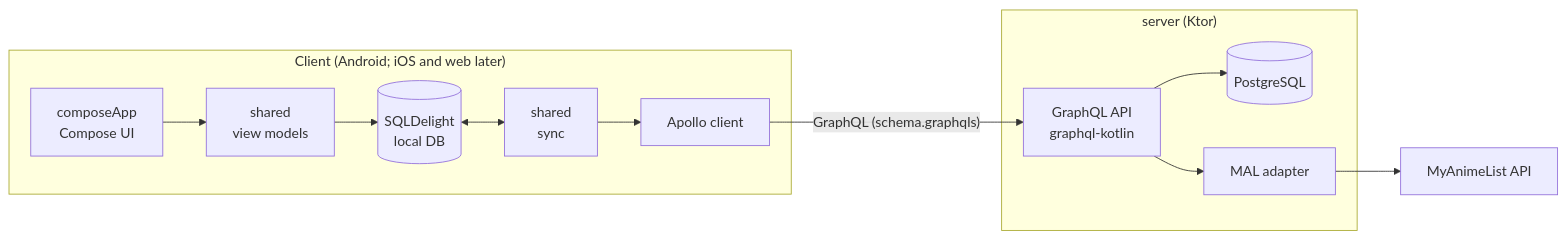
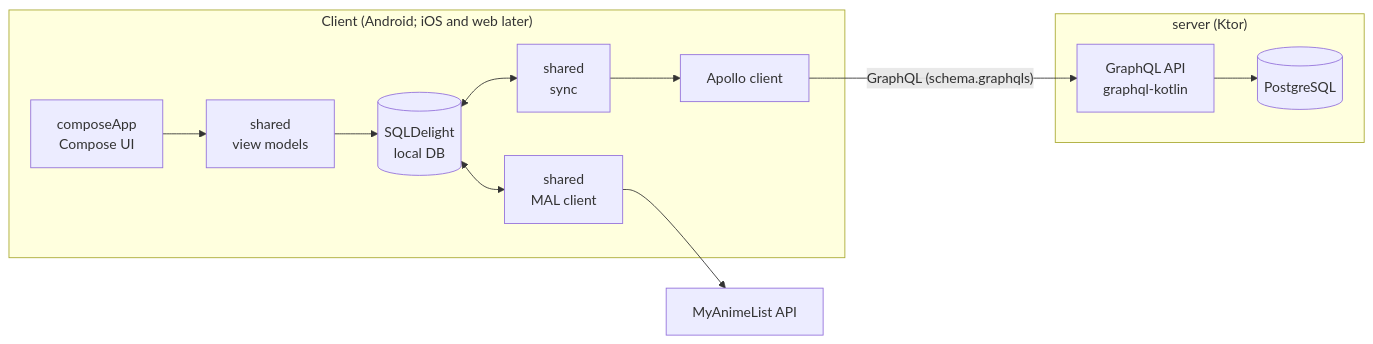
Before and after one commit to greenzean/anime-kmp: the diagram in README.md, drawn with Mermaid. The commit also changed other lines of this file and 6 other files, not shown here.

````diff
--- a/README.md
+++ b/README.md
@@ -17,15 +17,15 @@
 ```mermaid
 flowchart LR
     subgraph Client["Client (Android; iOS and web later)"]
         UI["composeApp<br/>Compose UI"] --> VM["shared<br/>view models"]
         VM --> DB[("SQLDelight<br/>local DB")]
         DB <--> Sync["shared<br/>sync"]
         Sync --> Apollo["Apollo client"]
+        DB <--> MALClient["shared<br/>MAL client"]
     end
     subgraph Server["server (Ktor)"]
         GQL["GraphQL API<br/>graphql-kotlin"] --> PG[("PostgreSQL")]
-        GQL --> MALAdapter["MAL adapter"]
     end
     Apollo -- "GraphQL (schema.graphqls)" --> GQL
-    MALAdapter --> MAL["MyAnimeList API"]
+    MALClient --> MAL["MyAnimeList API"]
 ```
````
